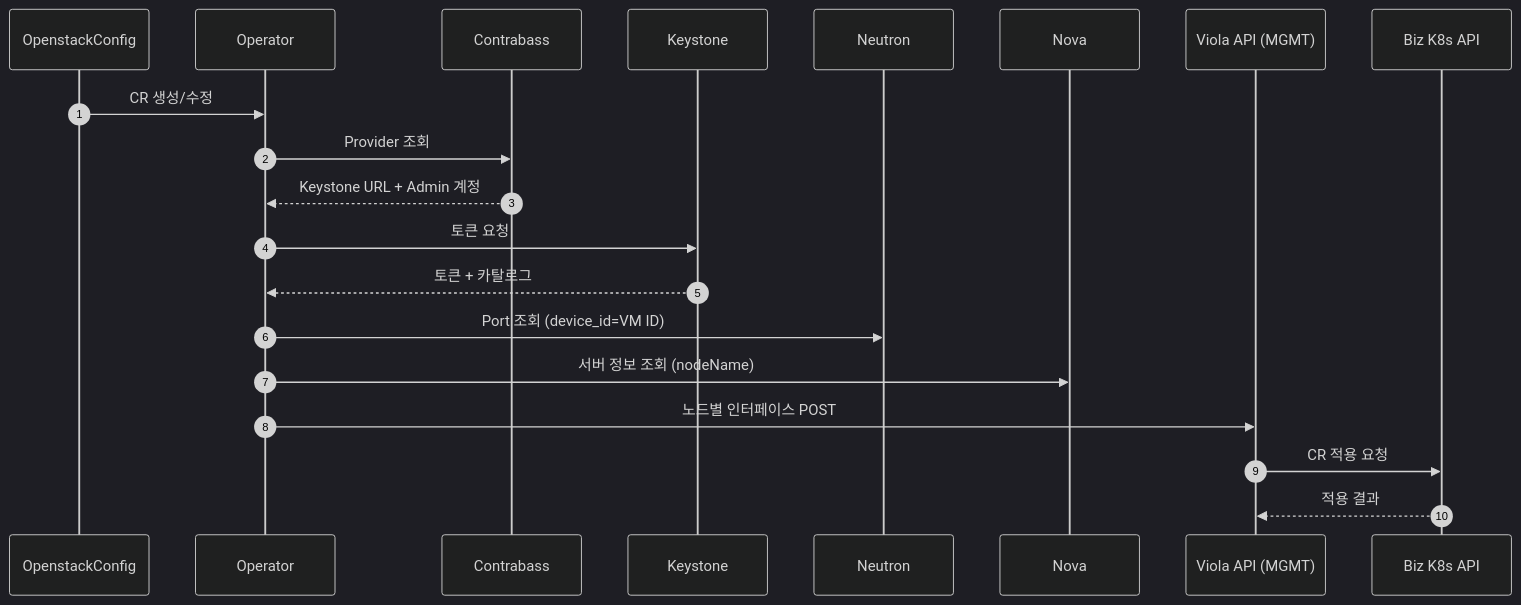
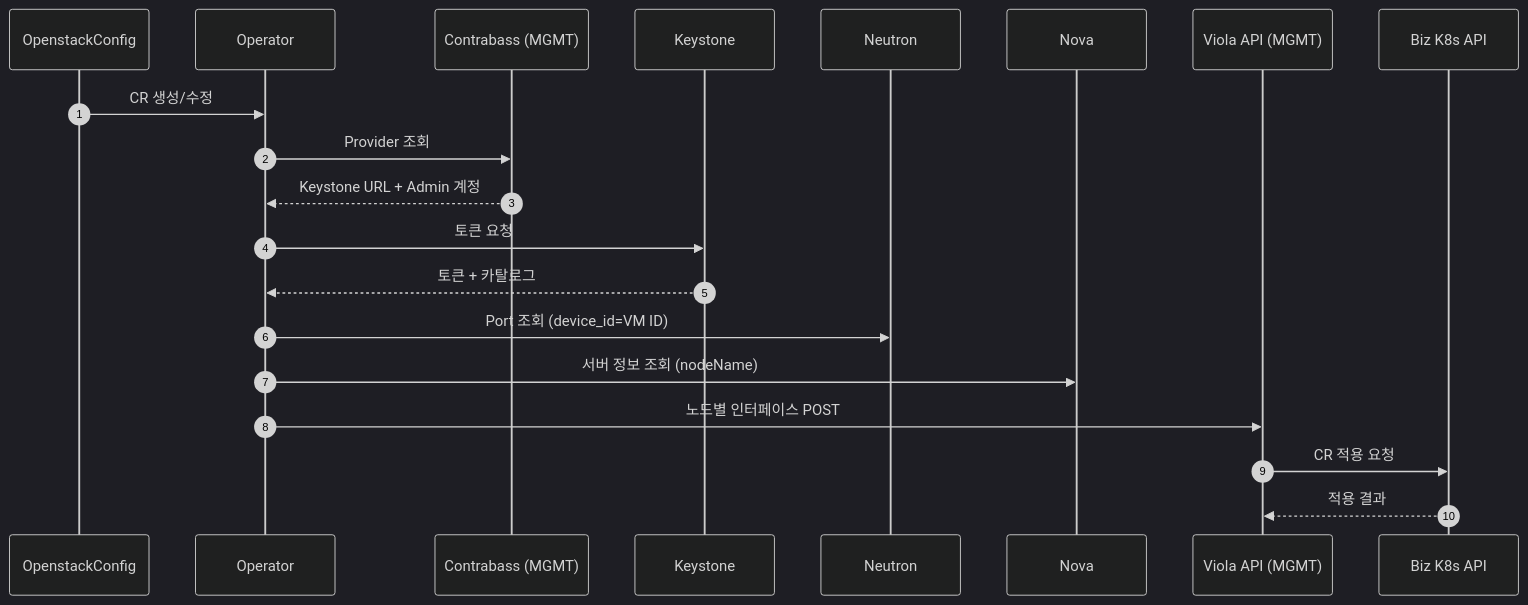
Before and after one commit to Minzino/multi-network-interface-operator: the second of 2 diagrams in README.md, drawn with Mermaid (dark theme). The commit also changed other lines of this file, not shown here.

Commit message:
docs: place contrabass in mgmt cluster

````diff
--- a/README.md
+++ b/README.md
@@ -133,23 +130,23 @@
 ```mermaid
 sequenceDiagram
     autonumber
     participant CR as OpenstackConfig
     participant OP as Operator
-    participant CB as Contrabass
+    participant CB as Contrabass (MGMT)
     participant KS as Keystone
     participant NE as Neutron
     participant NO as Nova
     participant VA as Viola API (MGMT)
     participant K8S as Biz K8s API
 
     CR->>OP: CR 생성/수정
     OP->>CB: Provider 조회
     CB-->>OP: Keystone URL + Admin 계정
     OP->>KS: 토큰 요청
     KS-->>OP: 토큰 + 카탈로그
     OP->>NE: Port 조회 (device_id=VM ID)
     OP->>NO: 서버 정보 조회 (nodeName)
     OP->>VA: 노드별 인터페이스 POST
     VA->>K8S: CR 적용 요청
     K8S-->>VA: 적용 결과
 ```
````
